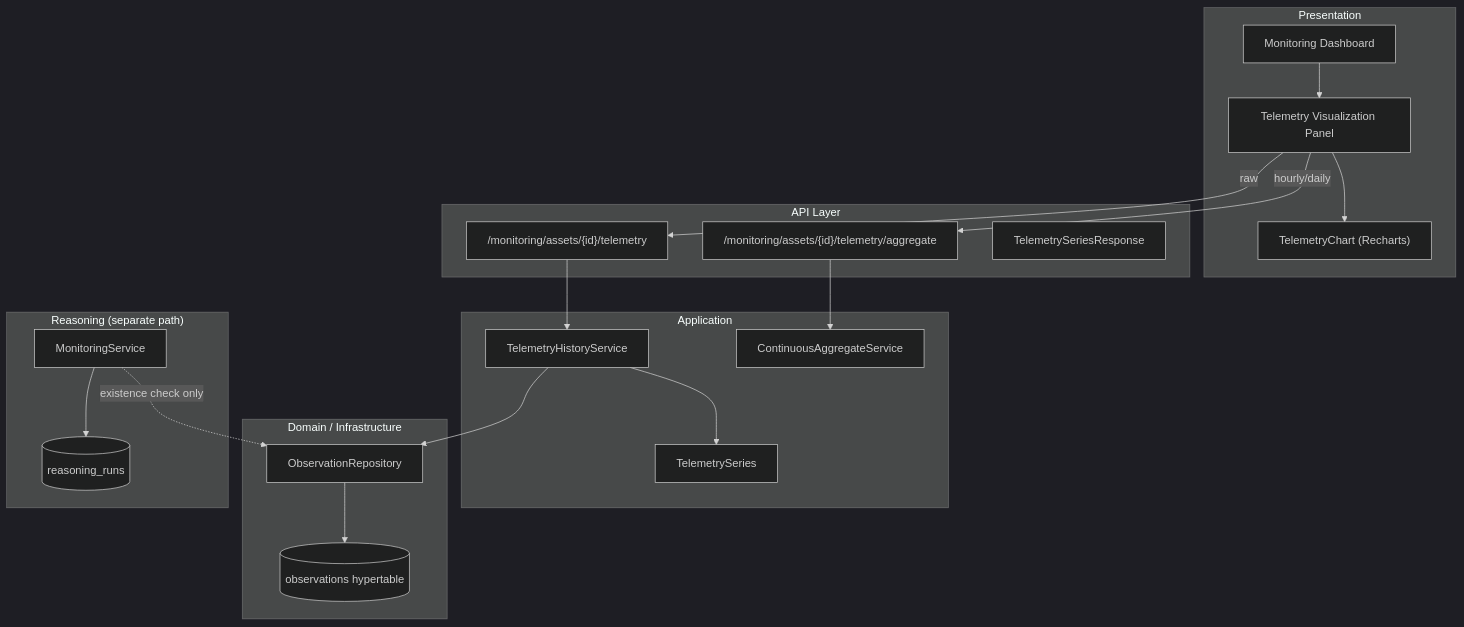
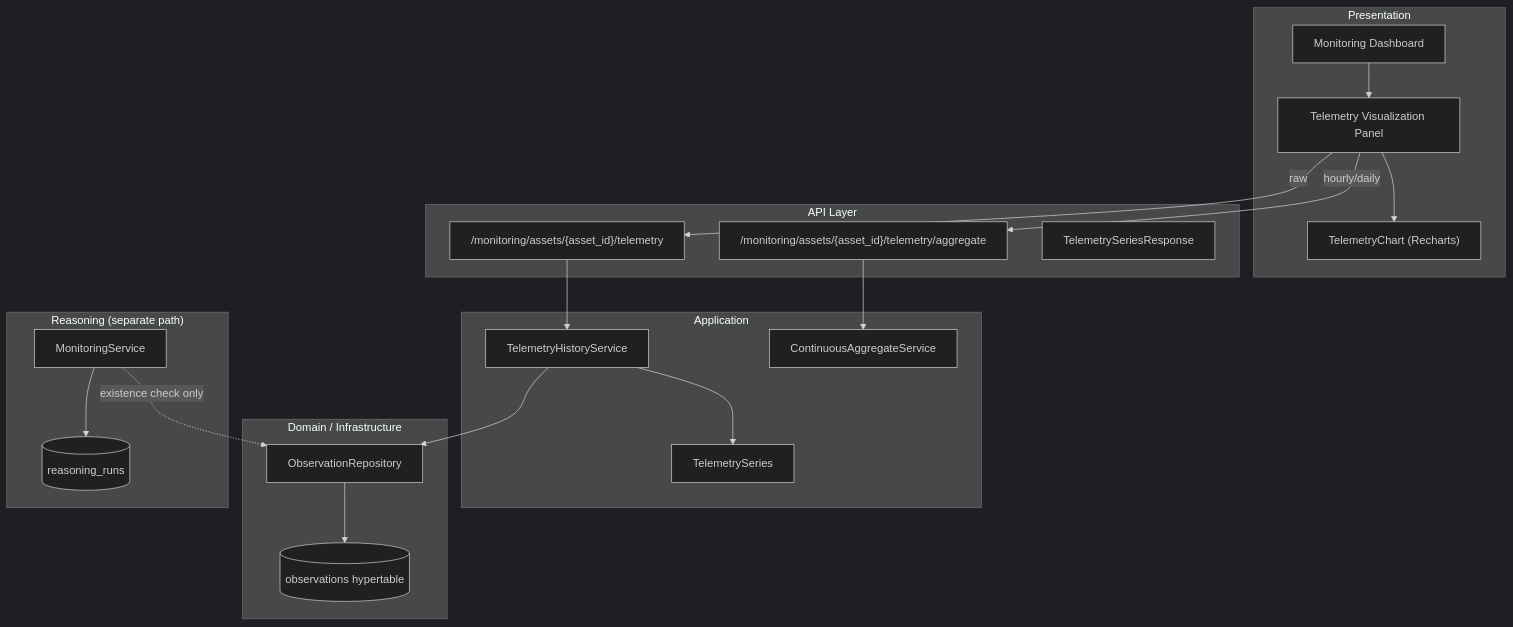
The second of 2 diagrams in docs/platform/telemetry-history.md (Saim-naushad/Odis), drawn with Mermaid (dark theme) before and after one commit. The commit also changed other lines of this file and 11 other files, not shown here.

Commit message:
docs: align architecture and platform documentation with v1.0 implementation

````diff
--- a/docs/platform/telemetry-history.md
+++ b/docs/platform/telemetry-history.md
@@ -196,42 +196,42 @@
 ```mermaid
 flowchart TB
     subgraph presentation["Presentation"]
         DASH["Monitoring Dashboard"]
         PANEL["Telemetry Visualization Panel"]
         CHART["TelemetryChart (Recharts)"]
     end
 
     subgraph api["API Layer"]
-        ROUTER["/monitoring/assets/{id}/telemetry"]
-        AGG["/monitoring/assets/{id}/telemetry/aggregate"]
+        ROUTER["/monitoring/assets/{asset_id}/telemetry"]
+        AGG["/monitoring/assets/{asset_id}/telemetry/aggregate"]
         SCHEMA["TelemetrySeriesResponse"]
     end
 
     subgraph application["Application"]
         SVC["TelemetryHistoryService"]
         CASVC["ContinuousAggregateService"]
         SERIES["TelemetrySeries"]
     end
 
     subgraph domain["Domain / Infrastructure"]
         REPO["ObservationRepository"]
         OBS[("observations hypertable")]
     end
 
     subgraph reasoning["Reasoning (separate path)"]
         MON["MonitoringService"]
         RUNS[("reasoning_runs")]
     end
 
     DASH --> PANEL
     PANEL --> CHART
     PANEL -->|"raw"| ROUTER
     PANEL -->|"hourly/daily"| AGG
     ROUTER --> SVC
     AGG --> CASVC
     SVC --> SERIES
     SVC --> REPO
     REPO --> OBS
     MON --> RUNS
     MON -.->|"existence check only"| REPO
 ```
````
